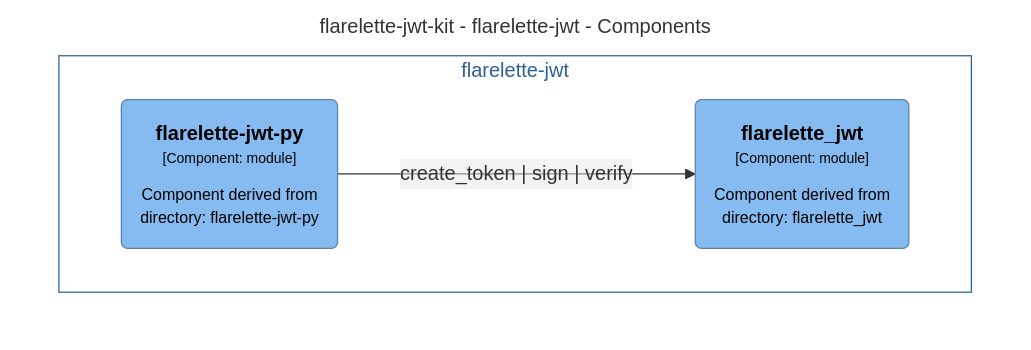
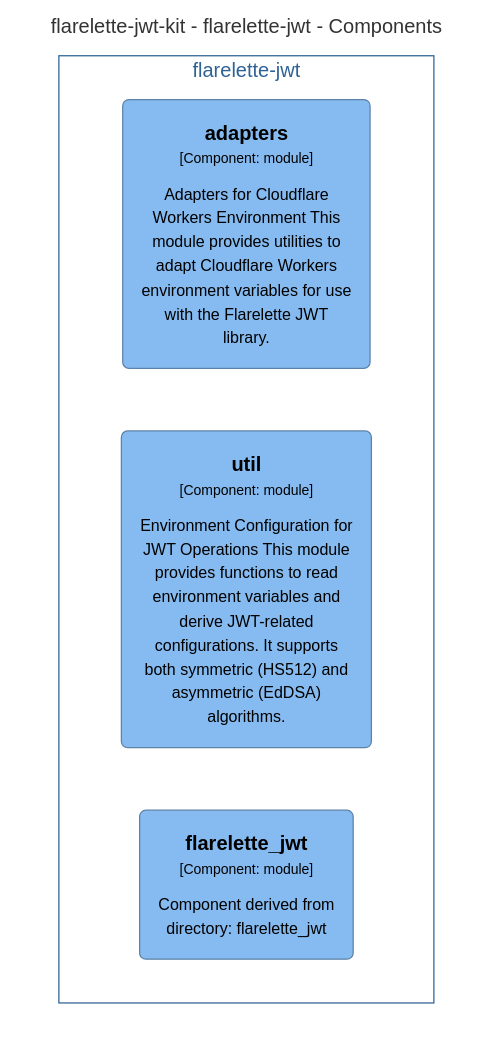
One commit to chrislyons-dev/flarelette-jwt-kit changed the diagram in docs/architecture/diagrams/mermaid/structurizr-Components_flarelette_jwt.mmd. Above: the diagram before and after it, drawn with Mermaid. The commit also changed 71 other files, not shown here.

```diff
--- a/docs/architecture/diagrams/mermaid/structurizr-Components_flarelette_jwt.mmd
+++ b/docs/architecture/diagrams/mermaid/structurizr-Components_flarelette_jwt.mmd
@@ -1,17 +1,18 @@
 graph TB
   linkStyle default fill:#ffffff
 
   subgraph diagram ["flarelette-jwt-kit - flarelette-jwt - Components"]
     style diagram fill:#ffffff,stroke:#ffffff
 
-    subgraph 33 ["flarelette-jwt"]
-      style 33 fill:#ffffff,stroke:#2e6295,color:#2e6295
+    subgraph 40 ["flarelette-jwt"]
+      style 40 fill:#ffffff,stroke:#2e6295,color:#2e6295
 
-      34("<div style='font-weight: bold'>flarelette-jwt-py</div><div style='font-size: 70%; margin-top: 0px'>[Component: module]</div><div style='font-size: 80%; margin-top:10px'>Component derived from<br />directory: flarelette-jwt-py</div>")
-      style 34 fill:#85bbf0,stroke:#5d82a8,color:#000000
-      35("<div style='font-weight: bold'>flarelette_jwt</div><div style='font-size: 70%; margin-top: 0px'>[Component: module]</div><div style='font-size: 80%; margin-top:10px'>Component derived from<br />directory: flarelette_jwt</div>")
-      style 35 fill:#85bbf0,stroke:#5d82a8,color:#000000
+      41("<div style='font-weight: bold'>adapters</div><div style='font-size: 70%; margin-top: 0px'>[Component: module]</div><div style='font-size: 80%; margin-top:10px'>Adapters for Cloudflare<br />Workers Environment This<br />module provides utilities to<br />adapt Cloudflare Workers<br />environment variables for use<br />with the Flarelette JWT<br />library.</div>")
+      style 41 fill:#85bbf0,stroke:#5d82a8,color:#000000
+      42("<div style='font-weight: bold'>util</div><div style='font-size: 70%; margin-top: 0px'>[Component: module]</div><div style='font-size: 80%; margin-top:10px'>Environment Configuration for<br />JWT Operations This module<br />provides functions to read<br />environment variables and<br />derive JWT-related<br />configurations. It supports<br />both symmetric (HS512) and<br />asymmetric (EdDSA)<br />algorithms.</div>")
+      style 42 fill:#85bbf0,stroke:#5d82a8,color:#000000
+      43("<div style='font-weight: bold'>flarelette_jwt</div><div style='font-size: 70%; margin-top: 0px'>[Component: module]</div><div style='font-size: 80%; margin-top:10px'>Component derived from<br />directory: flarelette_jwt</div>")
+      style 43 fill:#85bbf0,stroke:#5d82a8,color:#000000
     end
 
-    34-- "<div>create_token | sign | verify</div><div style='font-size: 70%'></div>" -->35
   end
```
